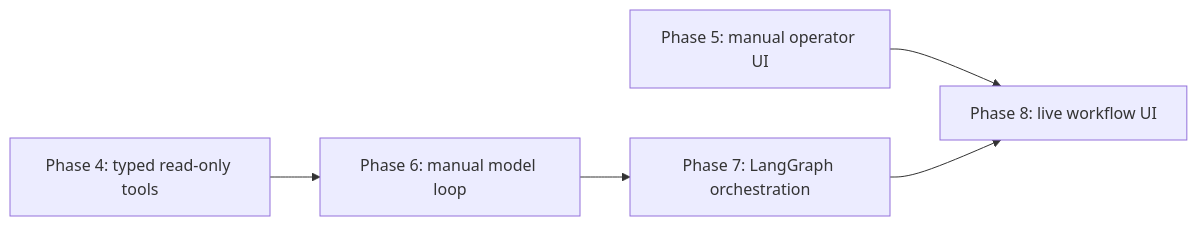
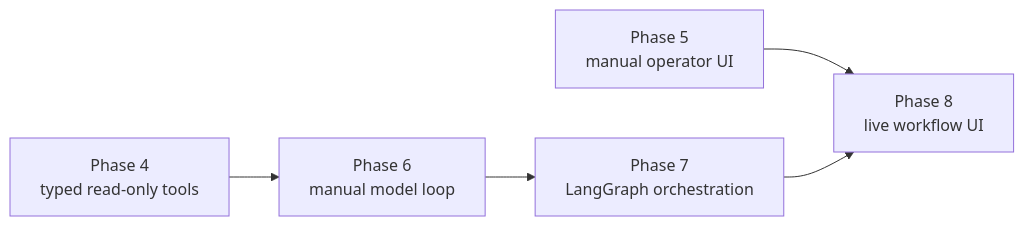
One commit to spolovynko/travelops-recovery-agent changed the first of 8 diagrams in docs/notes/phase-6.md. Above: the diagram before and after it, drawn with Mermaid. The commit also changed other lines of this file and 25 other files, not shown here.

Commit message:
feat: add Phase 7 LangGraph orchestration

````diff
--- a/docs/notes/phase-6.md
+++ b/docs/notes/phase-6.md
@@ -36,7 +72,7 @@
 ```mermaid
 flowchart LR
-    P4["Phase 4: typed read-only tools"] --> P6["Phase 6: manual model loop"]
-    P5["Phase 5: manual operator UI"] --> P8["Phase 8: live workflow UI"]
-    P6 --> P7["Phase 7: LangGraph orchestration"]
+    P4["Phase 4<br/>typed read-only tools"] --> P6["Phase 6<br/>manual model loop"]
+    P5["Phase 5<br/>manual operator UI"] --> P8["Phase 8<br/>live workflow UI"]
+    P6 --> P7["Phase 7<br/>LangGraph orchestration"]
     P7 --> P8
 ```
````
